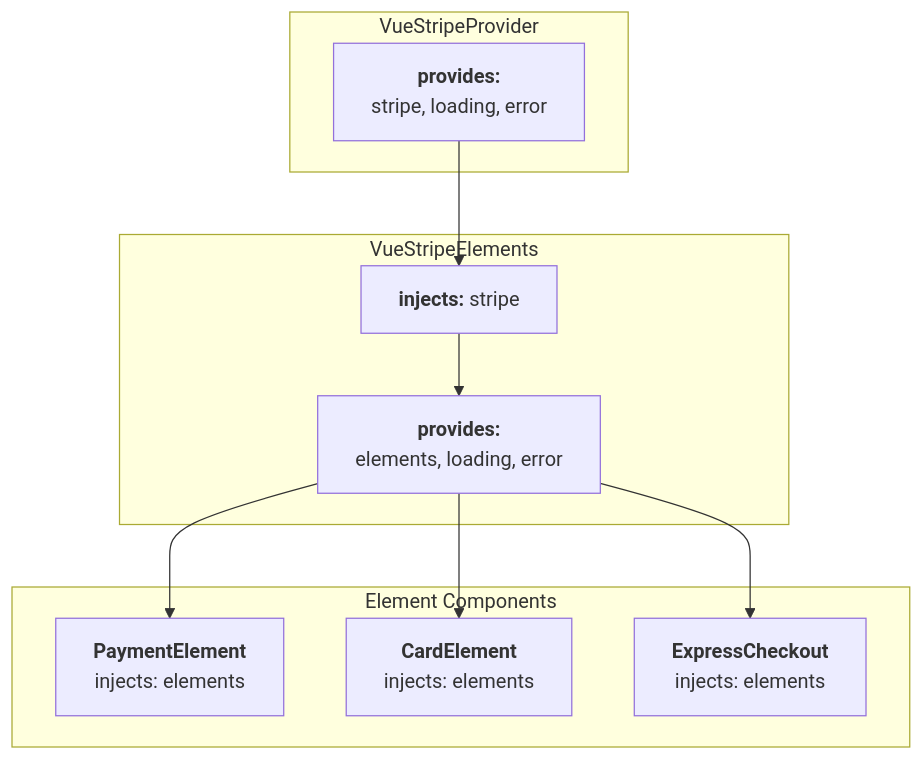
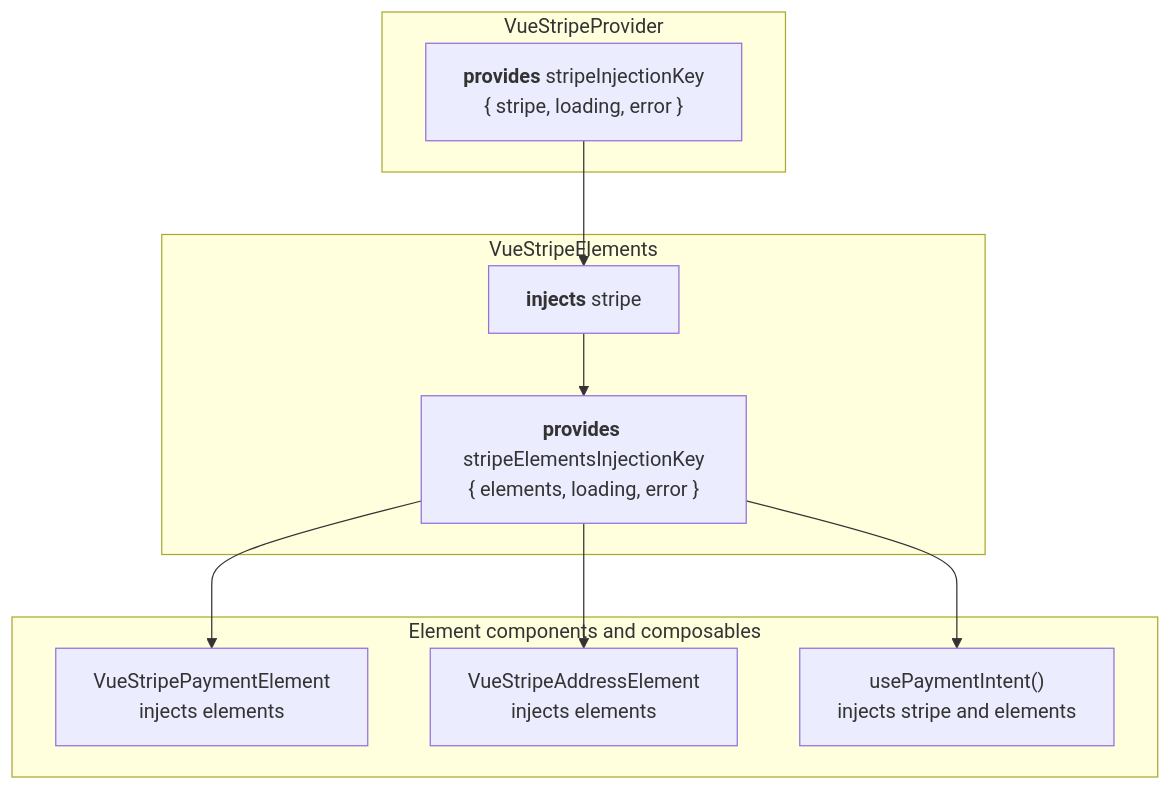
One commit to vue-stripe/vue-stripe changed the diagram in apps/docs/guide/architecture.md. Above: the diagram before and after it, drawn with Mermaid. The commit also changed other lines of this file and 7 other files, not shown here.

````diff
--- a/apps/docs/guide/architecture.md
+++ b/apps/docs/guide/architecture.md
@@ -224,23 +19,23 @@
 ```mermaid
 flowchart TD
     subgraph Provider["VueStripeProvider"]
-        P1["<b>provides:</b><br/>stripe, loading, error"]
+        P1["<b>provides</b> stripeInjectionKey<br/>{ stripe, loading, error }"]
     end
 
     subgraph Elements["VueStripeElements"]
-        E1["<b>injects:</b> stripe"]
-        E2["<b>provides:</b><br/>elements, loading, error"]
+        E1["<b>injects</b> stripe"]
+        E2["<b>provides</b> stripeElementsInjectionKey<br/>{ elements, loading, error }"]
         E1 --> E2
     end
 
-    subgraph Components["Element Components"]
-        PE["<b>PaymentElement</b><br/>injects: elements"]
-        CE["<b>CardElement</b><br/>injects: elements"]
-        EC["<b>ExpressCheckout</b><br/>injects: elements"]
+    subgraph Leaves["Element components and composables"]
+        PE["VueStripePaymentElement<br/>injects elements"]
+        AE["VueStripeAddressElement<br/>injects elements"]
+        PI["usePaymentIntent()<br/>injects stripe and elements"]
     end
 
     P1 --> E1
     E2 --> PE
-    E2 --> CE
-    E2 --> EC
+    E2 --> AE
+    E2 --> PI
 ```
````
